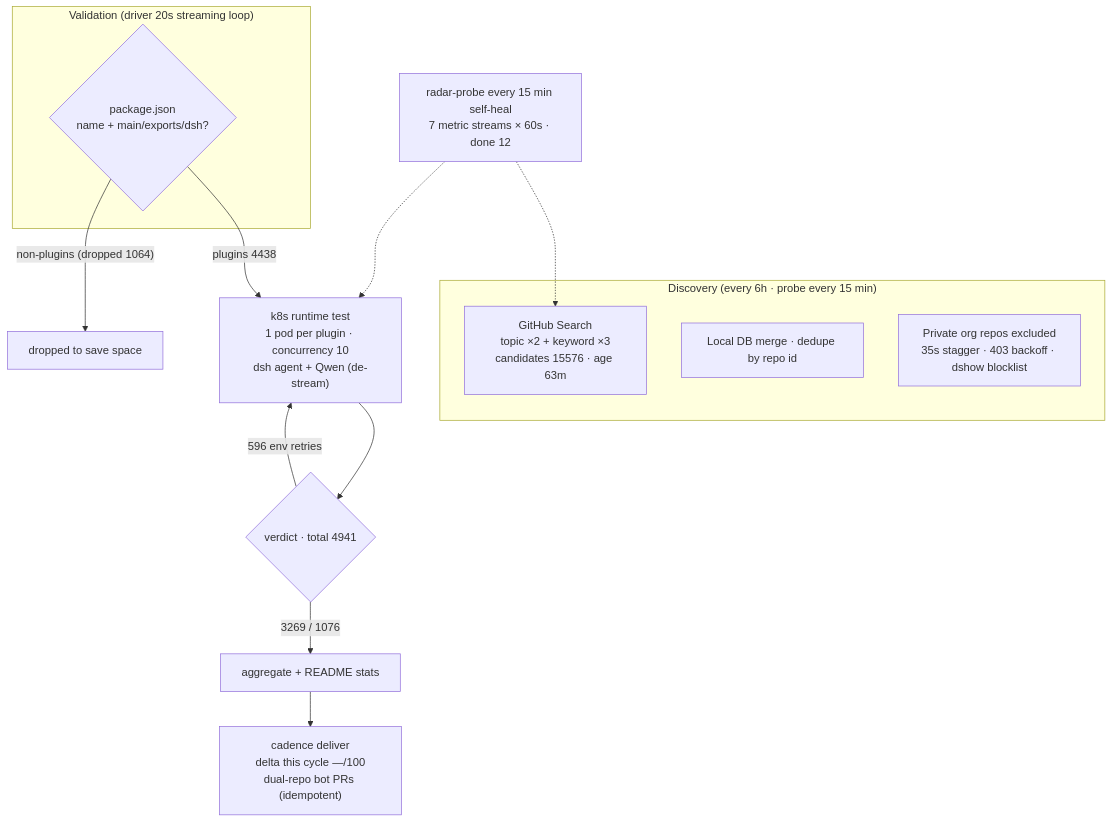
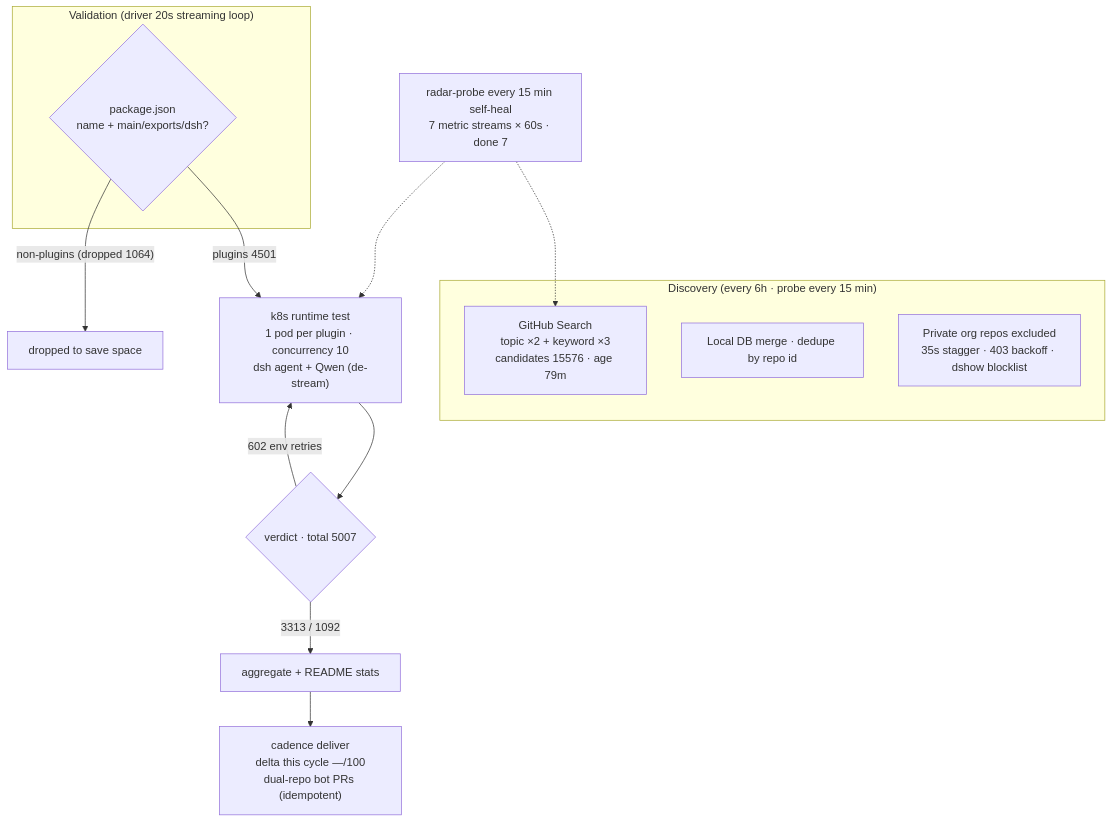
Before and after one commit to AdamPlatin123/awesome-dsh-plugins: the diagram in README.en-US.md, drawn with Mermaid. The commit also changed other lines of this file and 5 other files, not shown here.

````diff
--- a/README.en-US.md
+++ b/README.en-US.md
@@ -30,20 +30,20 @@
 ```mermaid
 flowchart TB
     subgraph Discovery["Discovery (every 6h · probe every 15 min)"]
-        A1["GitHub Search<br/>topic ×2 + keyword ×3<br/>candidates 15576 · age 63m"]
+        A1["GitHub Search<br/>topic ×2 + keyword ×3<br/>candidates 15576 · age 79m"]
         A2["Local DB merge · dedupe by repo id"]
         A3["Private org repos excluded<br/>35s stagger · 403 backoff · dshow blocklist"]
     end
     subgraph Validation["Validation (driver 20s streaming loop)"]
         B1{"package.json<br/>name + main/exports/dsh?"}
     end
-    B1 -->|"plugins 4438"| C1["k8s runtime test<br/>1 pod per plugin · concurrency 10<br/>dsh agent + Qwen (de-stream)"]
+    B1 -->|"plugins 4501"| C1["k8s runtime test<br/>1 pod per plugin · concurrency 10<br/>dsh agent + Qwen (de-stream)"]
     B1 -->|"non-plugins (dropped 1064)"| B3["dropped to save space"]
-    C1 --> D1{"verdict · total 4941"}
-    D1 -->|"3269 / 1076"| E1["aggregate + README stats"]
-    D1 -->|"596 env retries"| C1
+    C1 --> D1{"verdict · total 5007"}
+    D1 -->|"3313 / 1092"| E1["aggregate + README stats"]
+    D1 -->|"602 env retries"| C1
     E1 --> E2["cadence deliver<br/>delta this cycle —/100<br/>dual-repo bot PRs (idempotent)"]
-    M["radar-probe every 15 min self-heal<br/>7 metric streams × 60s · done 12"]
+    M["radar-probe every 15 min self-heal<br/>7 metric streams × 60s · done 7"]
     M -.-> A1
     M -.-> C1
 ```
````
